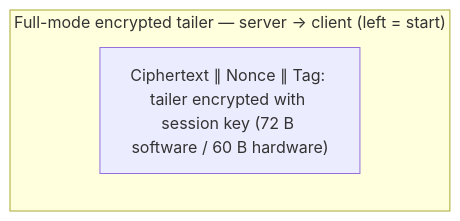
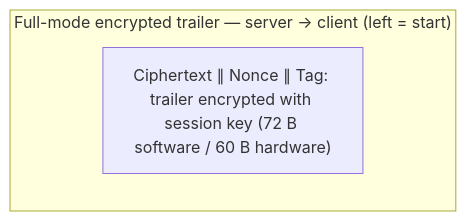
One commit to pseusys/TYPHOON changed diagram 12 of 13 in PROTOCOL.md. Above: the diagram before and after it, drawn with Mermaid. The commit also changed other lines of this file and 59 other files, not shown here.

````diff
--- a/PROTOCOL.md
+++ b/PROTOCOL.md
@@ -801,6 +801,6 @@
 ```mermaid
 flowchart LR
-    subgraph "Full-mode encrypted tailer — server → client (left = start)"
-        CNT["Ciphertext ∥ Nonce ∥ Tag: tailer encrypted with session key (72 B software / 60 B hardware)"]
+    subgraph "Full-mode encrypted trailer — server → client (left = start)"
+        CNT["Ciphertext ∥ Nonce ∥ Tag: trailer encrypted with session key (72 B software / 60 B hardware)"]
     end
 ```
````
